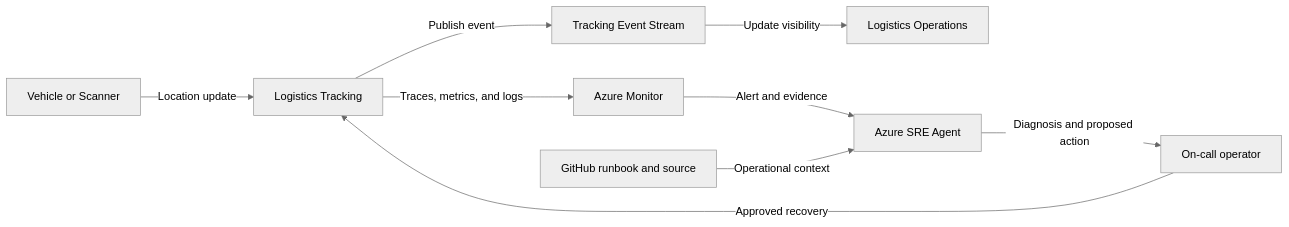
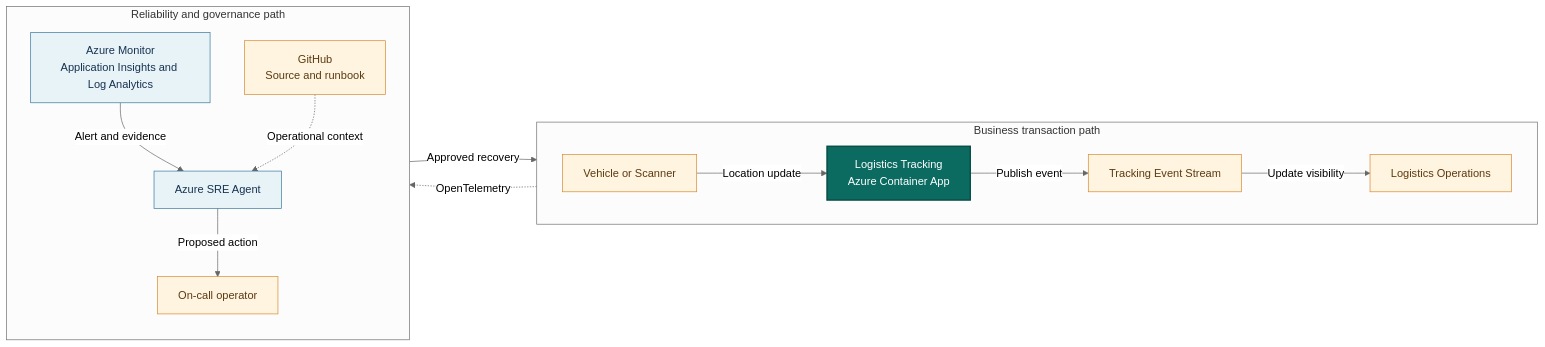
One commit to KrishnaDistributedcomputing/SREAgentEnterpriseShowcase changed the diagram in runbooks/logistics-tracking.md. Above: the diagram before and after it, drawn with Mermaid (neutral theme). The commit also changed other lines of this file and 14 other files, not shown here.

First line of the commit message:
docs(docs): refine system context diagrams

````diff
--- a/runbooks/logistics-tracking.md
+++ b/runbooks/logistics-tracking.md
@@ -32,11 +32,34 @@
 ```mermaid
 flowchart LR
-    Vehicle[Vehicle or Scanner] -->|Location update| App[Logistics Tracking]
-    App -->|Publish event| Dependency[Tracking Event Stream]
-    Dependency -->|Update visibility| Operations[Logistics Operations]
-    App -->|Traces, metrics, and logs| Monitor[Azure Monitor]
-    Monitor -->|Alert and evidence| Agent[Azure SRE Agent]
-    Runbook[GitHub runbook and source] -->|Operational context| Agent
-    Agent -->|Diagnosis and proposed action| Operator[On-call operator]
-    Operator -->|Approved recovery| App
+    subgraph Business["Business transaction path"]
+        direction LR
+        Vehicle["Vehicle or Scanner"]
+        App["Logistics Tracking<br/>Azure Container App"]
+        Stream["Tracking Event Stream"]
+        Logistics["Logistics Operations"]
+        Vehicle -->|"Location update"| App
+        App -->|"Publish event"| Stream
+        Stream -->|"Update visibility"| Logistics
+    end
+
+    subgraph Governance["Reliability and governance path"]
+        direction TB
+        Monitor["Azure Monitor<br/>Application Insights and Log Analytics"]
+        Agent["Azure SRE Agent"]
+        Operator["On-call operator"]
+        Repository["GitHub<br/>Source and runbook"]
+        Monitor -->|"Alert and evidence"| Agent
+        Repository -.->|"Operational context"| Agent
+        Agent -->|"Proposed action"| Operator
+    end
+
+    App -.->|"OpenTelemetry"| Monitor
+    Operator -->|"Approved recovery"| App
+
+    classDef application fill:#0b6b61,color:#ffffff,stroke:#064b45,stroke-width:2px
+    classDef azure fill:#e8f3f8,color:#16324f,stroke:#39789b
+    classDef external fill:#fff4df,color:#5b3a11,stroke:#d78a32
+    class App application
+    class Monitor,Agent azure
+    class Vehicle,Stream,Logistics,Operator,Repository external
 ```
````
